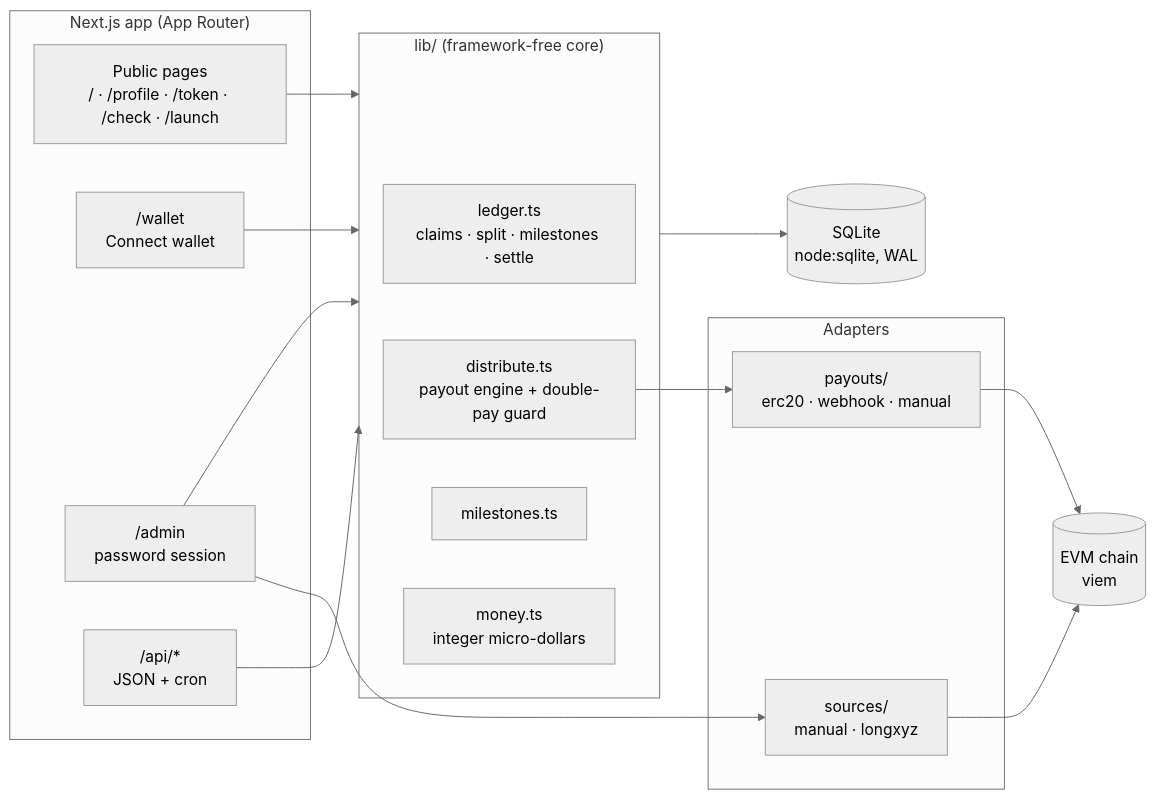
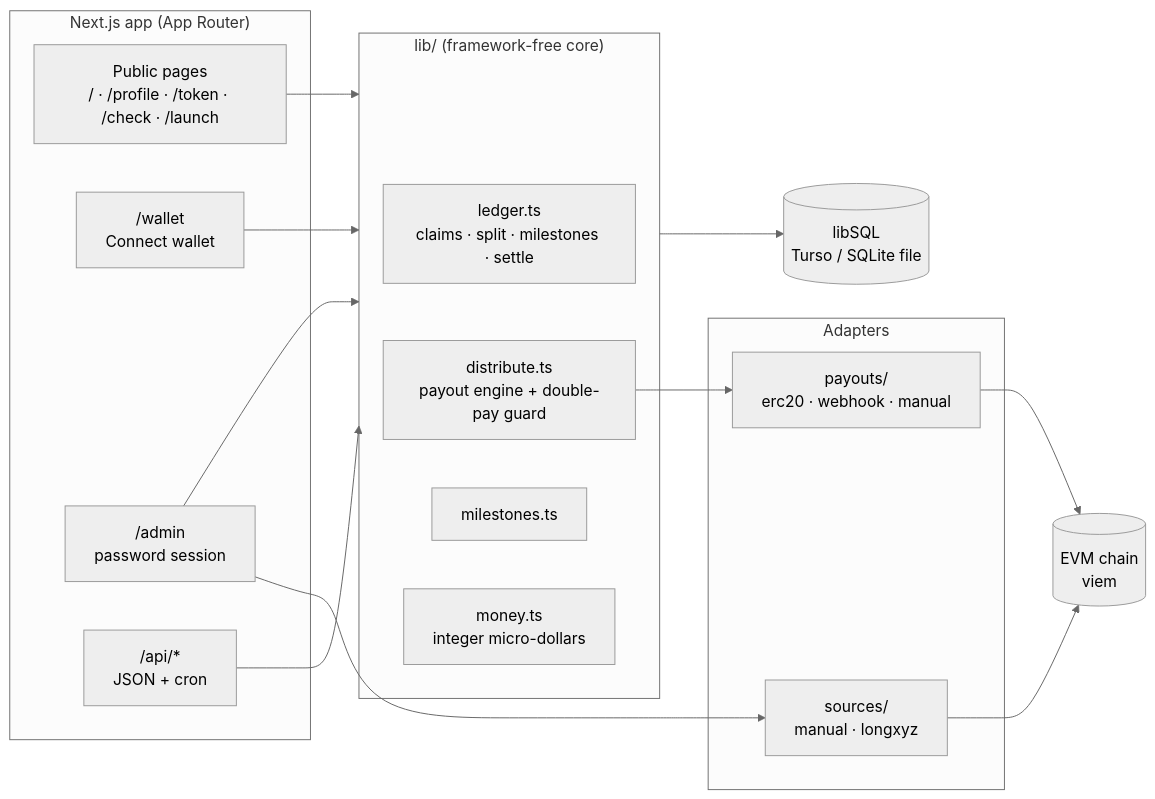
Before and after one commit to uselongpaid/uselongpaid: the second of 2 diagrams in README.md, drawn with Mermaid (neutral theme). The commit also changed other lines of this file and 45 other files, not shown here.

First line of the commit message:
Run on Netlify with a Turso (libSQL) database

````diff
--- a/README.md
+++ b/README.md
@@ -104,34 +105,34 @@
 ```mermaid
 flowchart LR
     subgraph Web["Next.js app (App Router)"]
         Pages["Public pages<br/>/ · /profile · /token · /check · /launch"]
         Account["/wallet<br/>Connect wallet"]
         Admin["/admin<br/>password session"]
         API["/api/*<br/>JSON + cron"]
     end
 
     subgraph Core["lib/ (framework-free core)"]
         Ledger["ledger.ts<br/>claims · split · milestones · settle"]
         Distribute["distribute.ts<br/>payout engine + double-pay guard"]
         Milestones["milestones.ts"]
         Money["money.ts<br/>integer micro-dollars"]
     end
 
     subgraph Adapters
         Sources["sources/<br/>manual · longxyz"]
         Payouts["payouts/<br/>erc20 · webhook · manual"]
     end
 
-    DB[("SQLite<br/>node:sqlite, WAL")]
+    DB[("libSQL<br/>Turso / SQLite file")]
     Chain[("EVM chain<br/>viem")]
 
     Pages --> Core
     Account --> Core
     Admin --> Core
     API --> Core
     Core --> DB
     Sources --> Chain
     Payouts --> Chain
     Admin --> Sources
     Distribute --> Payouts
 ```
````
